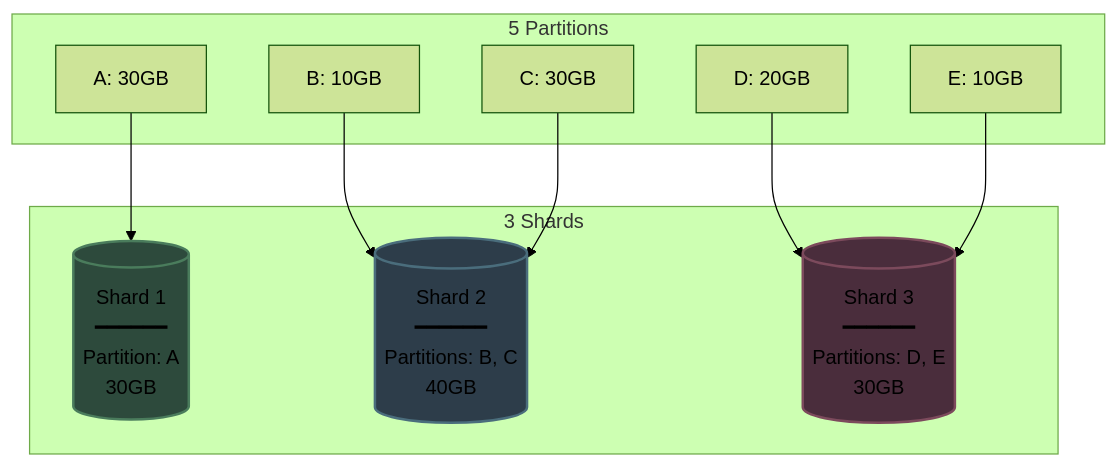
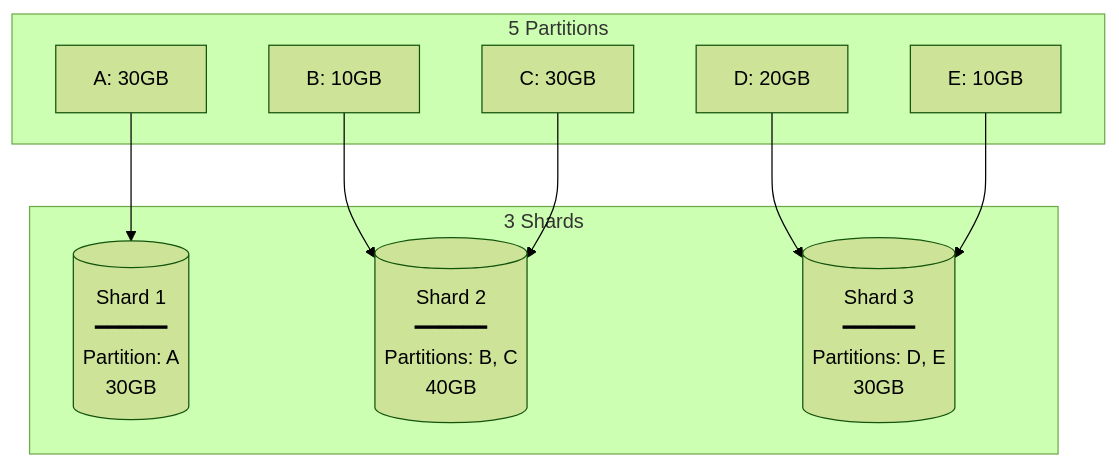
Diagram 12 of 21 in system design beginner/8. Sharding and Partitioning.md (Yash-Kavaiya/The-System-Design-Masterclass), drawn with Mermaid (forest theme) before and after one commit. The commit also changed other lines of this file, not shown here.

````diff
--- a/system design beginner/8. Sharding and Partitioning.md
+++ b/system design beginner/8. Sharding and Partitioning.md
@@ -304,28 +261,25 @@
 ```mermaid
 graph TB
     subgraph Partitions2["5 Partitions"]
         PA2[A: 30GB]
         PB2[B: 10GB]
         PC2[C: 30GB]
         PD2[D: 20GB]
         PE2[E: 10GB]
     end
     
     subgraph Shards2["3 Shards"]
         S1[(Shard 1<br/>━━━━━━<br/>Partition: A<br/>30GB)]
         
         S2[(Shard 2<br/>━━━━━━<br/>Partitions: B, C<br/>40GB)]
         
         S3[(Shard 3<br/>━━━━━━<br/>Partitions: D, E<br/>30GB)]
     end
     
     PA2 --> S1
     PB2 --> S2
     PC2 --> S2
     PD2 --> S3
     PE2 --> S3
     
-    style S1 fill:#2d4a3c,stroke:#4a7c5c,stroke-width:2px
-    style S2 fill:#2d3d4a,stroke:#4a6d7c,stroke-width:2px
-    style S3 fill:#4a2d3c,stroke:#7c4a5c,stroke-width:2px
 ```
````
